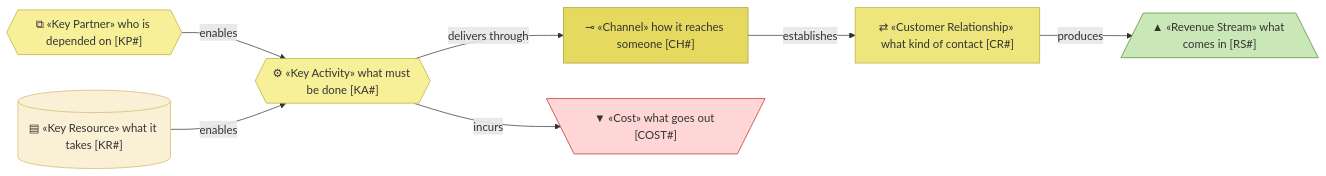
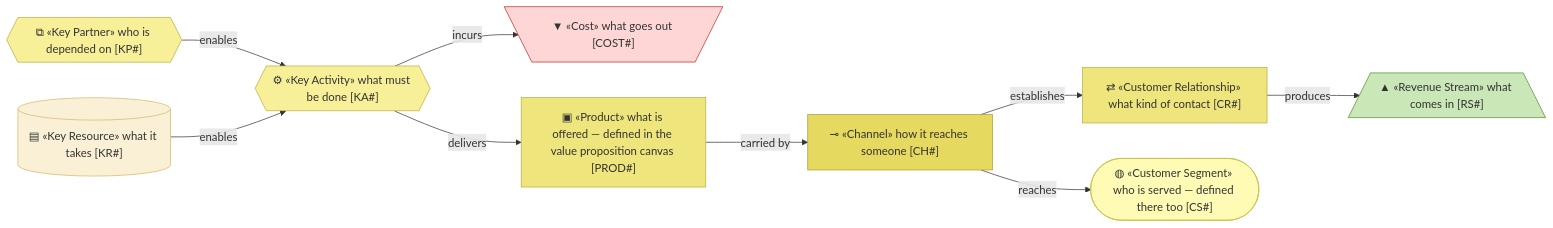
The first of 4 diagrams in org-archreator/architecture/0_business-design/2_business-model-canvas.md (roanboc/architecture-archreator), drawn with Mermaid before and after one commit. The commit also changed other lines of this file and 17 other files, not shown here.

````diff
--- a/org-archreator/architecture/0_business-design/2_business-model-canvas.md
+++ b/org-archreator/architecture/0_business-design/2_business-model-canvas.md
@@ -15,25 +15,31 @@
 ```mermaid
 flowchart LR
   kp{{"⧉ «Key Partner» who is depended on [KP#]"}}:::partner
   ka{{"⚙ «Key Activity» what must be done [KA#]"}}:::activity
   kr[("▤ «Key Resource» what it takes [KR#]")]:::resource
   ch["⊸ «Channel» how it reaches someone [CH#]"]:::channel
   cr["⇄ «Customer Relationship» what kind of contact [CR#]"]:::relationship
   rs[/"▲ «Revenue Stream» what comes in [RS#]"\]:::revenue
   cost[\"▼ «Cost» what goes out [COST#]"/]:::cost
+  prod["▣ «Product» what is offered — defined in the value proposition canvas [PROD#]"]:::product
+  cs(["◍ «Customer Segment» who is served — defined there too [CS#]"]):::segment
 
   kp -->|enables| ka
   kr -->|enables| ka
-  ka -->|delivers through| ch
+  ka -->|delivers| prod
+  prod -->|carried by| ch
   ch -->|establishes| cr
+  ch -->|reaches| cs
   cr -->|produces| rs
   ka -->|incurs| cost
 
   classDef partner fill:#f7f099,stroke:#b8ad3f,color:#333
   classDef activity fill:#f7f099,stroke:#b8ad3f,color:#333
   classDef resource fill:#faf0d5,stroke:#d4b96a,color:#333
   classDef channel fill:#e5d95f,stroke:#a89a34,color:#333
   classDef relationship fill:#efe57d,stroke:#b8ad3f,color:#333
   classDef revenue fill:#c9e7b7,stroke:#558b2f,color:#333
   classDef cost fill:#ffd6d6,stroke:#c62828,color:#333
+  classDef product fill:#efe57d,stroke:#b8ad3f,color:#333
+  classDef segment fill:#fffbb5,stroke:#c8c04a,color:#333
 ```
````
